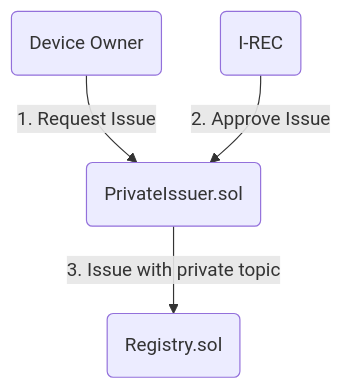
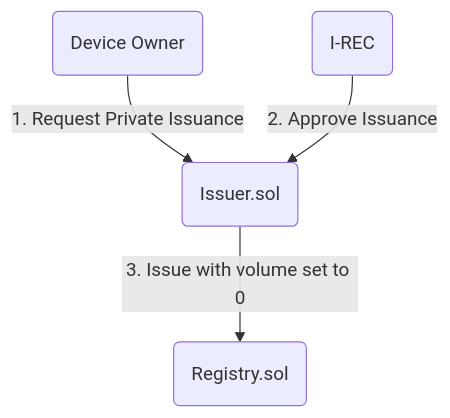
One commit to energywebfoundation/origin changed the first of 7 diagrams in packages/issuer/README mermaid.md. Above: the diagram before and after it, drawn with Mermaid. The commit also changed other lines of this file, not shown here.

````diff
--- a/packages/issuer/README mermaid.md
+++ b/packages/issuer/README mermaid.md
@@ -39,6 +26,6 @@
 ```mermaid
 graph TD;
-    A(Device Owner) -->|1. Request Issue| P(PrivateIssuer.sol)
-    I(I-REC) -->|2. Approve Issue| P
-    P-->|3. Issue with private topic| R(Registry.sol)
+    A(Device Owner) -->|1. Request Private Issuance| P(Issuer.sol)
+    I(I-REC) -->|2. Approve Issuance| P
+    P-->|3. Issue with volume set to 0| R(Registry.sol)
 ```
````
